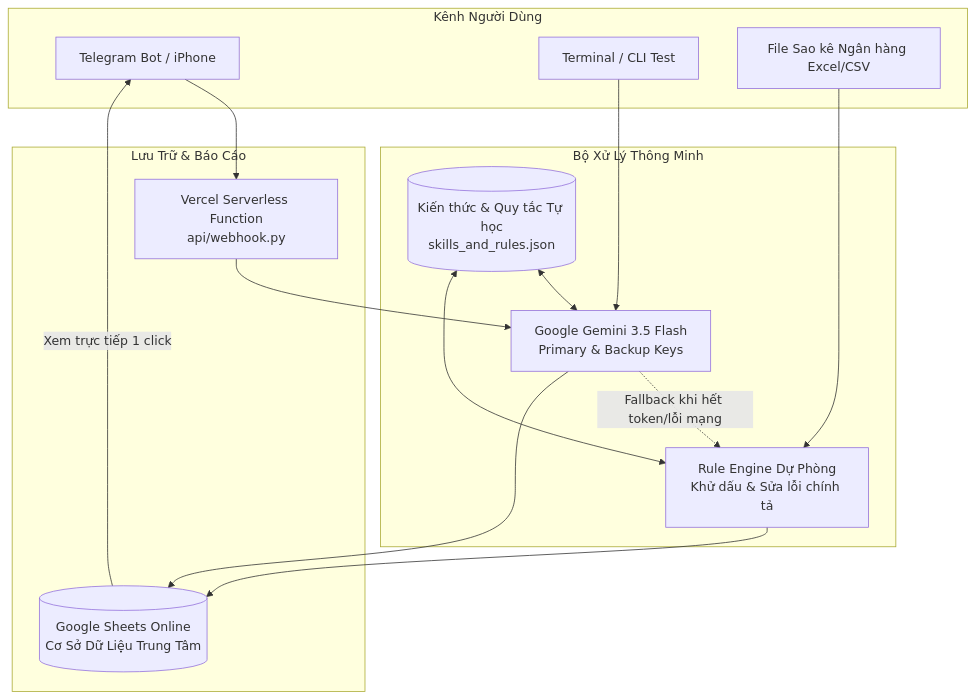
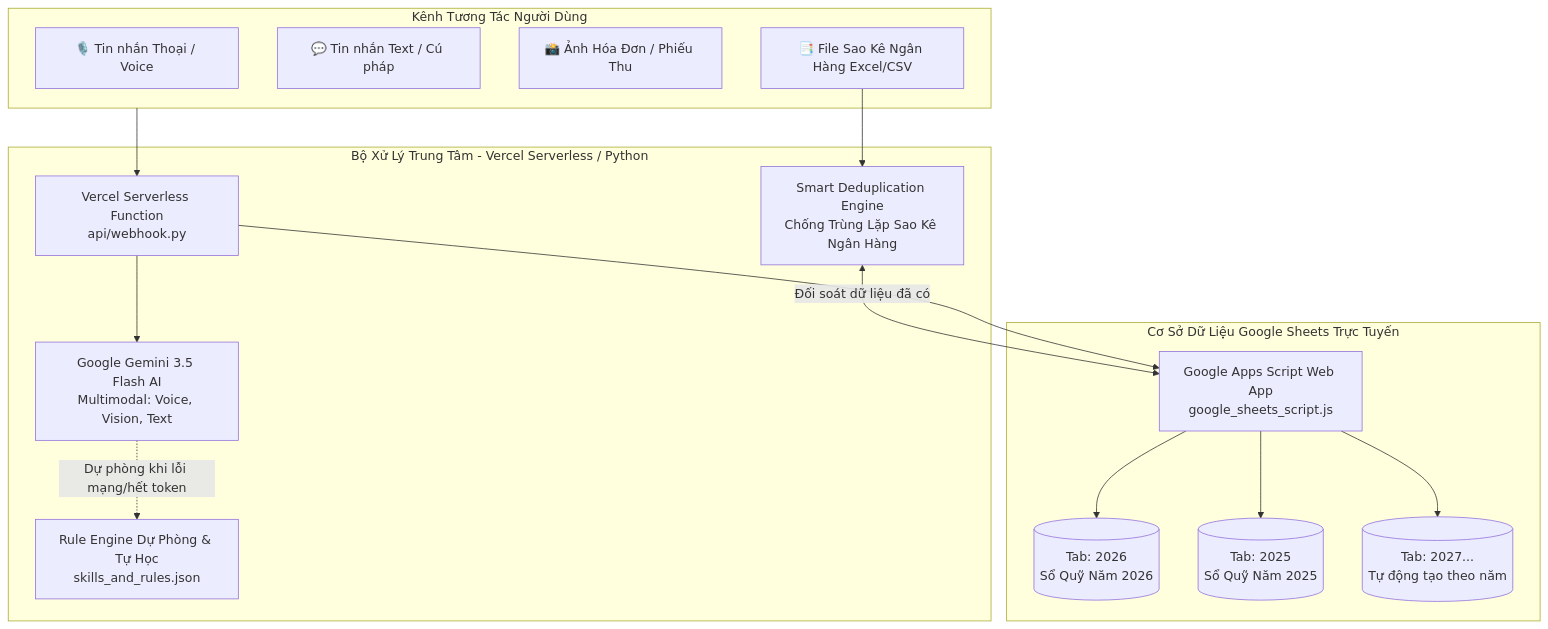
Before and after one commit to phuong95st/AutoAccounting: the diagram in README.md, drawn with Mermaid. The commit also changed other lines of this file and 2 other files, not shown here.

````diff
--- a/README.md
+++ b/README.md
@@ -31,30 +44,33 @@
 ```mermaid
 flowchart TD
-    subgraph Kênh Người Dùng
-        T[Telegram Bot / iPhone]
-        CLI[Terminal / CLI Test]
-        Bank[File Sao kê Ngân hàng Excel/CSV]
+    subgraph Client [Kênh Tương Tác Người Dùng]
+        UserVoice[🎙️ Tin nhắn Thoại / Voice]
+        UserText[💬 Tin nhắn Text / Cú pháp]
+        UserPhoto[📸 Ảnh Hóa Đơn / Phiếu Thu]
+        UserBank[📑 File Sao Kê Ngân Hàng Excel/CSV]
     end
 
-    subgraph Bộ Xử Lý Thông Minh
-        AI[Google Gemini 3.5 Flash\nPrimary & Backup Keys]
-        Rule[Rule Engine Dự Phòng\nKhử dấu & Sửa lỗi chính tả]
-        KB[(Kiến thức & Quy tắc Tự học\nskills_and_rules.json)]
+    subgraph BotEngine [Bộ Xử Lý Trung Tâm - Vercel Serverless / Python]
+        Webhook[Vercel Serverless Function\napi/webhook.py]
+        Gemini[Google Gemini 3.5 Flash AI\nMultimodal: Voice, Vision, Text]
+        RuleEngine[Rule Engine Dự Phòng & Tự Học\nskills_and_rules.json]
+        Deduplicator[Smart Deduplication Engine\nChống Trùng Lặp Sao Kê Ngân Hàng]
     end
 
-    subgraph Lưu Trữ & Báo Cáo
-        Vercel[Vercel Serverless Function\napi/webhook.py]
-        Sheet[(Google Sheets Online\nCơ Sở Dữ Liệu Trung Tâm)]
+    subgraph GoogleSheets [Cơ Sở Dữ Liệu Google Sheets Trực Tuyến]
+        GAS[Google Apps Script Web App\ngoogle_sheets_script.js]
+        Sheet2026[(Tab: 2026\nSổ Quỹ Năm 2026)]
+        Sheet2025[(Tab: 2025\nSổ Quỹ Năm 2025)]
+        SheetFuture[(Tab: 2027...\nTự động tạo theo năm)]
     end
 
-    T --> Vercel
-    CLI --> AI
-    Bank --> Rule
-    Vercel --> AI
-    AI -.->|Fallback khi hết token/lỗi mạng| Rule
-    KB <--> AI
-    KB <--> Rule
-    AI --> Sheet
-    Rule --> Sheet
-    Sheet -->|Xem trực tiếp 1 click| T
+    Client --> Webhook
+    Webhook --> Gemini
+    Gemini -.->|Dự phòng khi lỗi mạng/hết token| RuleEngine
+    UserBank --> Deduplicator
+    Deduplicator <-->|Đối soát dữ liệu đã có| GAS
+    Webhook --> GAS
+    GAS --> Sheet2026
+    GAS --> Sheet2025
+    GAS --> SheetFuture
 ```
````
